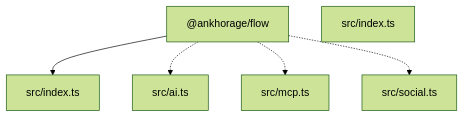
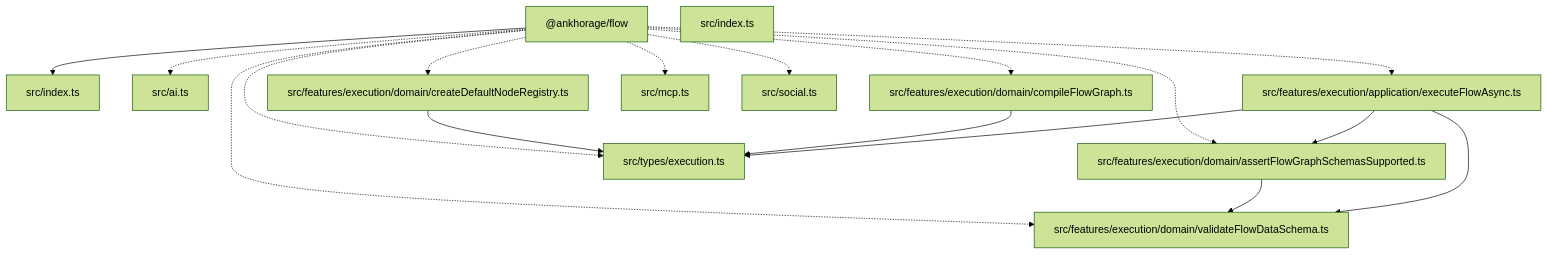
One commit to ankhorage/flow changed the diagram in paradox/diagrams/architecture-overview.mmd. Above: the diagram before and after it, drawn with Mermaid (forest theme). The commit also changed 14 other files, not shown here.

```diff
--- a/paradox/diagrams/architecture-overview.mmd
+++ b/paradox/diagrams/architecture-overview.mmd
@@ -1,11 +1,29 @@
 graph TD
   package__ankhorage_flow["@ankhorage/flow"]
   entrypoint_src_index_ts["src/index.ts"]
   package__ankhorage_flow --> entrypoint_src_index_ts
   module_src_ai_ts["src/ai.ts"]
   package__ankhorage_flow -.-> module_src_ai_ts
+  module_src_features_execution_application_executeFlowAsync_ts["src/features/execution/application/executeFlowAsync.ts"]
+  package__ankhorage_flow -.-> module_src_features_execution_application_executeFlowAsync_ts
+  module_src_features_execution_application_executeFlowAsync_ts --> module_src_features_execution_domain_assertFlowGraphSchemasSupported_ts
+  module_src_features_execution_application_executeFlowAsync_ts --> module_src_features_execution_domain_validateFlowDataSchema_ts
+  module_src_features_execution_application_executeFlowAsync_ts --> module_src_types_execution_ts
+  module_src_features_execution_domain_assertFlowGraphSchemasSupported_ts["src/features/execution/domain/assertFlowGraphSchemasSupported.ts"]
+  package__ankhorage_flow -.-> module_src_features_execution_domain_assertFlowGraphSchemasSupported_ts
+  module_src_features_execution_domain_assertFlowGraphSchemasSupported_ts --> module_src_features_execution_domain_validateFlowDataSchema_ts
+  module_src_features_execution_domain_compileFlowGraph_ts["src/features/execution/domain/compileFlowGraph.ts"]
+  package__ankhorage_flow -.-> module_src_features_execution_domain_compileFlowGraph_ts
+  module_src_features_execution_domain_compileFlowGraph_ts --> module_src_types_execution_ts
+  module_src_features_execution_domain_createDefaultNodeRegistry_ts["src/features/execution/domain/createDefaultNodeRegistry.ts"]
+  package__ankhorage_flow -.-> module_src_features_execution_domain_createDefaultNodeRegistry_ts
+  module_src_features_execution_domain_createDefaultNodeRegistry_ts --> module_src_types_execution_ts
+  module_src_features_execution_domain_validateFlowDataSchema_ts["src/features/execution/domain/validateFlowDataSchema.ts"]
+  package__ankhorage_flow -.-> module_src_features_execution_domain_validateFlowDataSchema_ts
   module_src_index_ts["src/index.ts"]
   module_src_mcp_ts["src/mcp.ts"]
   package__ankhorage_flow -.-> module_src_mcp_ts
   module_src_social_ts["src/social.ts"]
   package__ankhorage_flow -.-> module_src_social_ts
+  module_src_types_execution_ts["src/types/execution.ts"]
+  package__ankhorage_flow -.-> module_src_types_execution_ts
```
